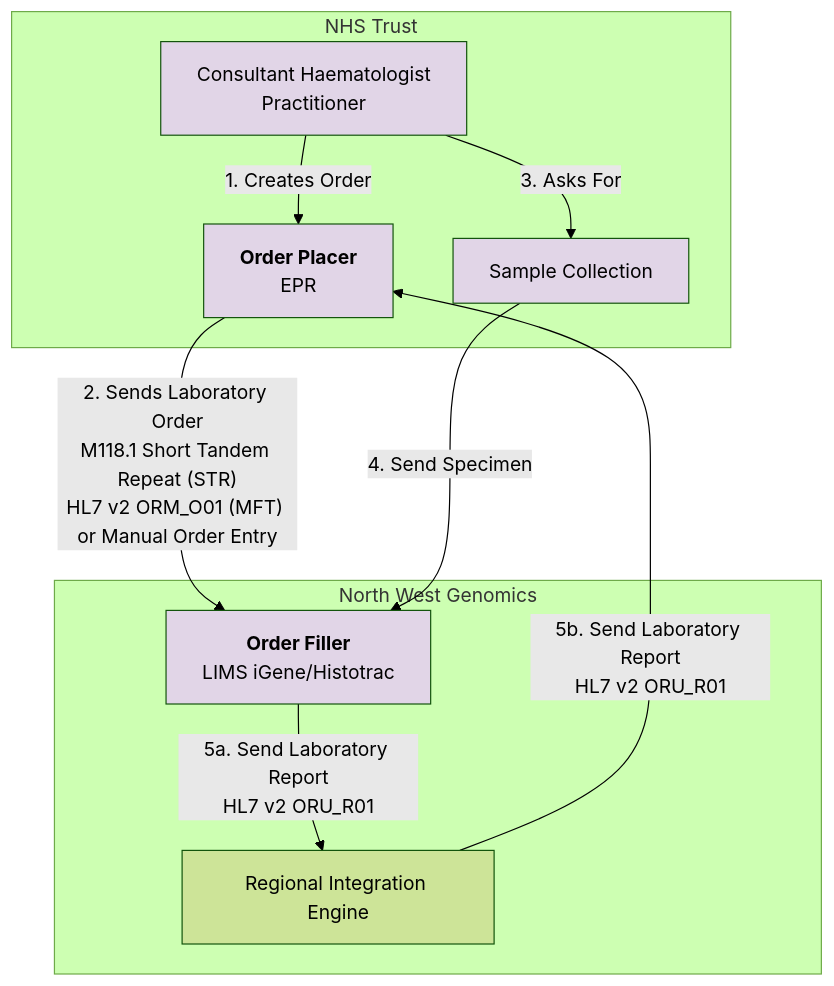
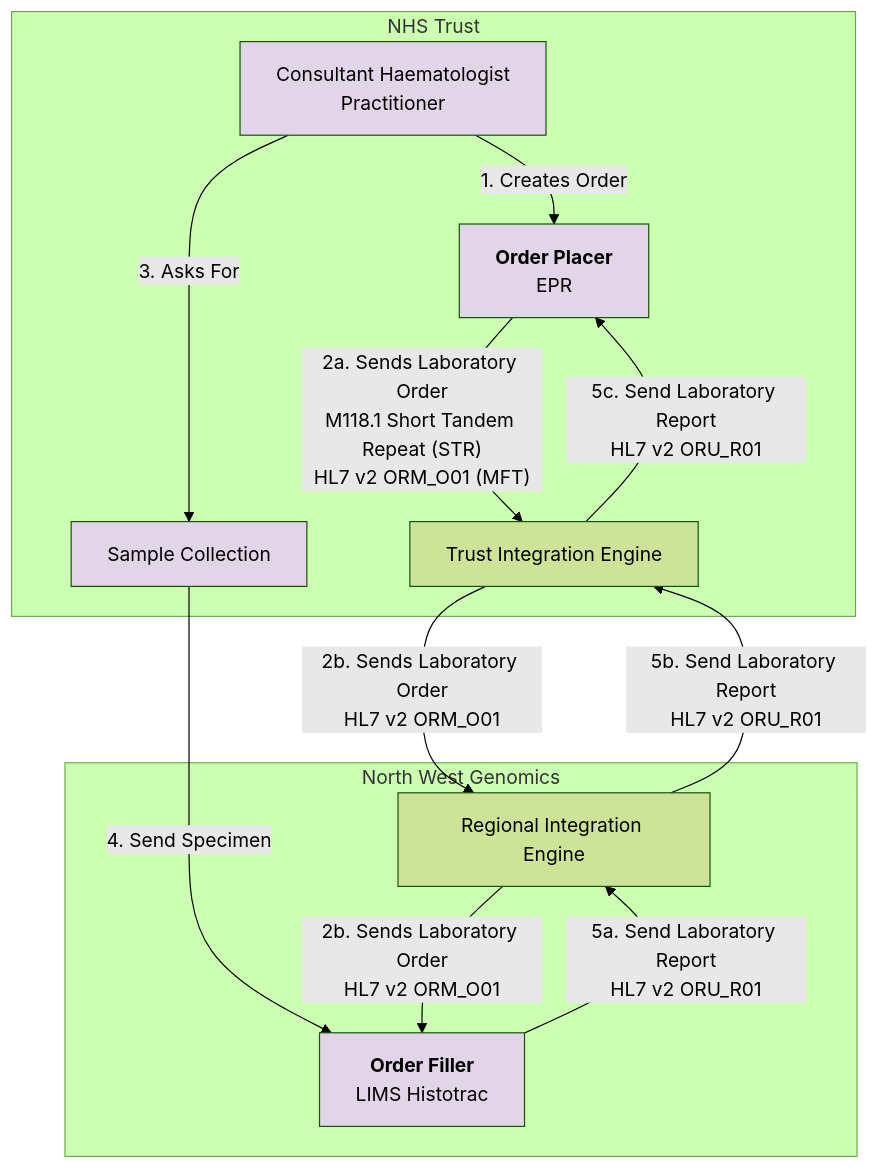
One commit to uk-gov-mirror/nw-gmsa.nw-gmsa.github.com changed the third of 9 diagrams in input/pagecontent/introduction.md. Above: the diagram before and after it, drawn with Mermaid (forest theme). The commit also changed other lines of this file, not shown here.

````diff
--- a/input/pagecontent/introduction.md
+++ b/input/pagecontent/introduction.md
@@ -96,18 +98,22 @@
 ```mermaid
-graph TD;
+ graph TD;
     subgraph NHSTrust[NHS Trust]
         Practitioner[Consultant Haematologist<br/>Practitioner] --> |1. Creates Order| EPR[<b>Order Placer</b><br/>EPR]
         Practitioner --> |3. Asks For| Specimen[Sample Collection]
+        TIE[Trust Integration Engine] 
     end
-    EPR --> |"2. Sends Laboratory Order<br/>M118.1 Short Tandem Repeat (STR)<br/>HL7 v2 ORM_O01 (MFT) or Manual Order Entry"| LIMS
+    EPR --> |"2a. Sends Laboratory Order<br/>M118.1 Short Tandem Repeat (STR)<br/>HL7 v2 ORM_O01 (MFT)"| TIE
     Specimen --> |4. Send Specimen| LIMS 
+    TIE --> |"2b. Sends Laboratory Order<br/>HL7 v2 ORM_O01"| RIE
     subgraph NWGenomics[North West Genomics]
-        LIMS[<b>Order Filler</b><br/>LIMS iGene/Histotrac]
+        RIE --> |"2b. Sends Laboratory Order<br/>HL7 v2 ORM_O01"| LIMS
+        LIMS[<b>Order Filler</b><br/>LIMS Histotrac]
         LIMS --> |5a. Send Laboratory Report<br/>HL7 v2 ORU_R01| RIE["Regional Integration Engine"]
     end
-    RIE --> |5b. Send Laboratory Report<br/>HL7 v2 ORU_R01| EPR
+    RIE --> |5b. Send Laboratory Report<br/>HL7 v2 ORU_R01| TIE
+    TIE --> |5c. Send Laboratory Report<br/>HL7 v2 ORU_R01| EPR
 
     classDef purple fill:#E1D5E7;
 
     class EPR,LIMS,Specimen,Practitioner purple
 ```
````
